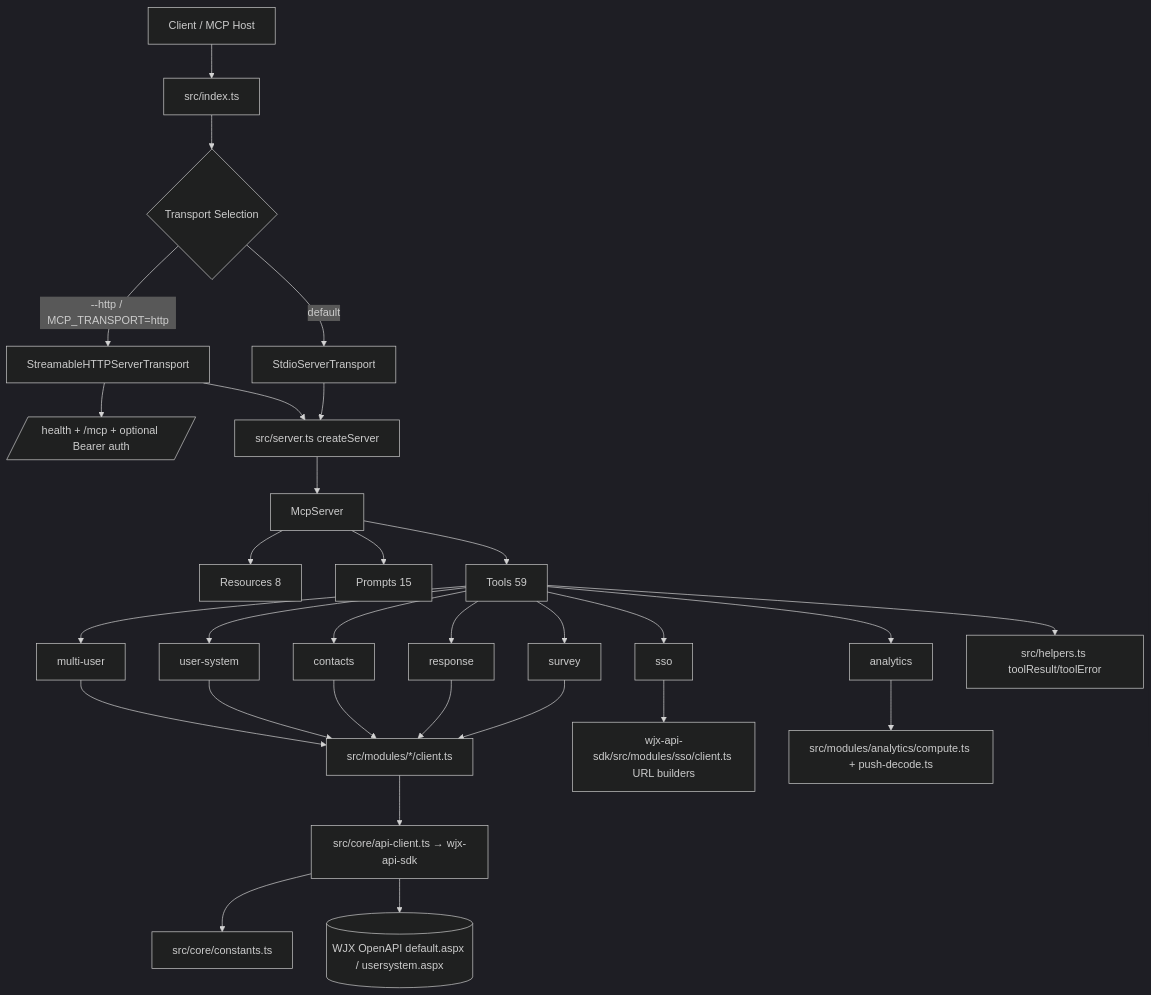
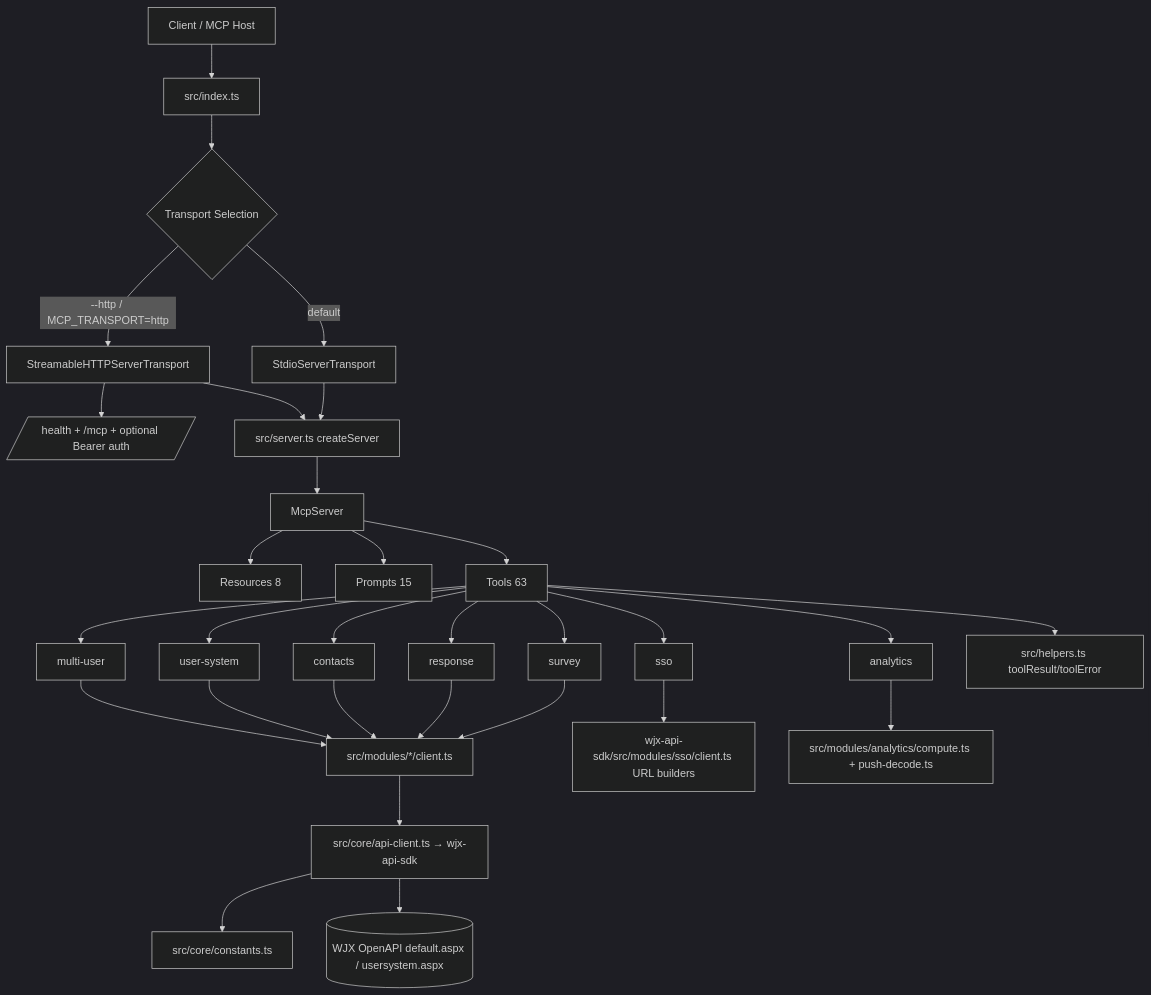
Before and after one commit to wjxcom/wjx-ai-kit: the diagram in wjx-mcp-server/docs/architecture.md, drawn with Mermaid (dark theme). The commit also changed other lines of this file and 45 other files, not shown here.

````diff
--- a/wjx-mcp-server/docs/architecture.md
+++ b/wjx-mcp-server/docs/architecture.md
@@ -18,37 +18,37 @@
 ```mermaid
 flowchart TD
     A[Client / MCP Host] --> B[src/index.ts]
     B --> C{Transport Selection}
     C -->|default| D[StdioServerTransport]
     C -->|--http / MCP_TRANSPORT=http| E[StreamableHTTPServerTransport]
     E --> E1[/health + /mcp + optional Bearer auth/]
 
     D --> F[src/server.ts createServer]
     E --> F
 
     F --> G[McpServer]
     G --> H[Resources 8]
     G --> I[Prompts 15]
-    G --> J[Tools 59]
+    G --> J[Tools 63]
 
     J --> M1[survey]
     J --> M2[response]
     J --> M3[contacts]
     J --> M4[user-system]
     J --> M5[multi-user]
     J --> M6[sso]
     J --> M7[analytics]
 
     M1 --> N1[src/modules/*/client.ts]
     M2 --> N1
     M3 --> N1
     M4 --> N1
     M5 --> N1
     N1 --> O[src/core/api-client.ts → wjx-api-sdk]
     O --> Q[src/core/constants.ts]
     O --> R[(WJX OpenAPI default.aspx / usersystem.aspx)]
 
     M6 --> S[wjx-api-sdk/src/modules/sso/client.ts URL builders]
     M7 --> T[src/modules/analytics/compute.ts + push-decode.ts]
     J --> U[src/helpers.ts toolResult/toolError]
 ```
````
